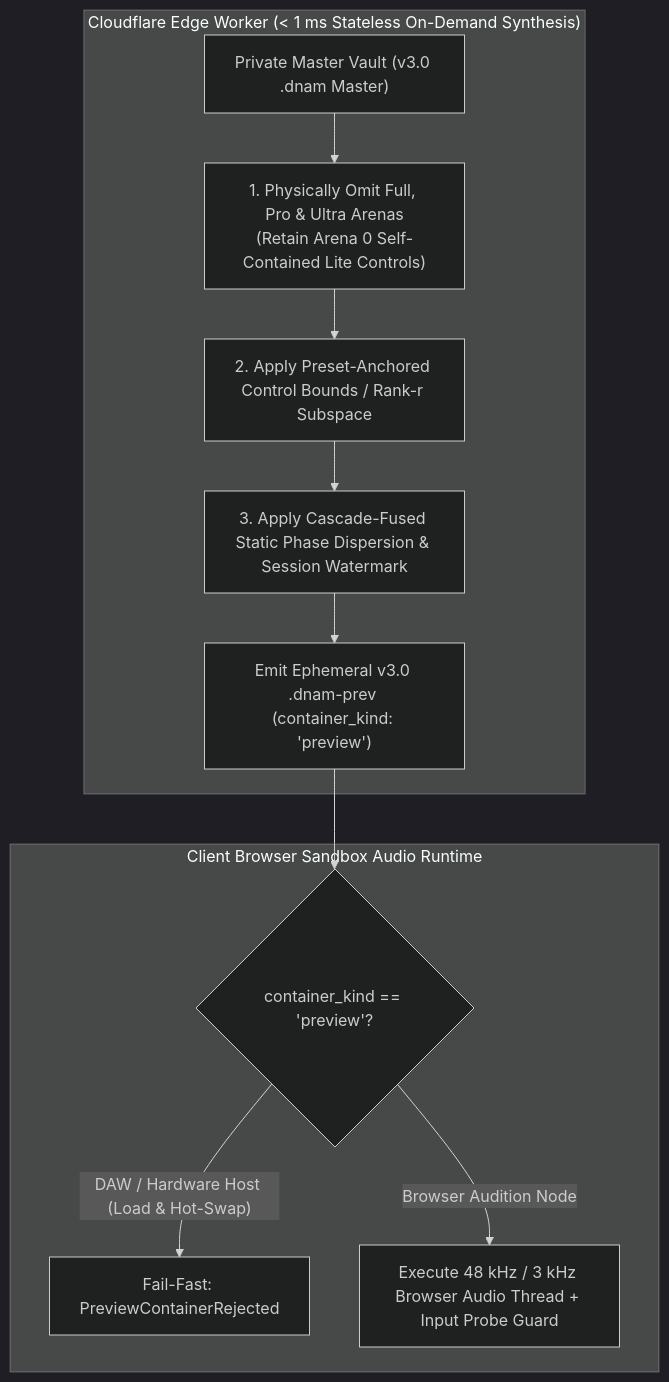
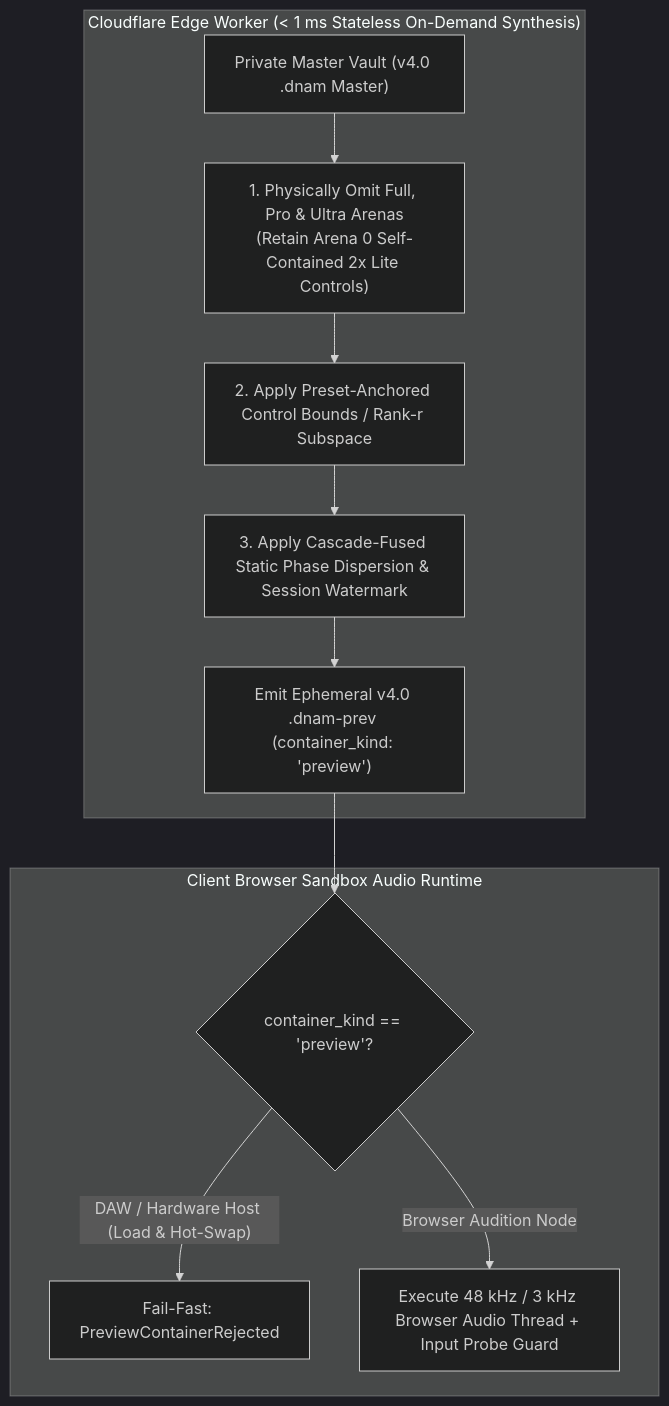
One commit to mokugen/dnam changed the second of 3 diagrams in docs/specs/security/watermarking_and_marketplace.md. Above: the diagram before and after it, drawn with Mermaid (dark theme). The commit also changed other lines of this file and 16 other files, not shown here.

````diff
--- a/docs/specs/security/watermarking_and_marketplace.md
+++ b/docs/specs/security/watermarking_and_marketplace.md
@@ -272,15 +271,15 @@
 ```mermaid
 flowchart TD
     subgraph EdgeWorker ["Cloudflare Edge Worker (< 1 ms Stateless On-Demand Synthesis)"]
-        Vault["Private Master Vault (v3.0 .dnam Master)"] --> Strip["1. Physically Omit Full, Pro & Ultra Arenas<br/>(Retain Arena 0 Self-Contained Lite Controls)"]
+        Vault["Private Master Vault (v4.0 .dnam Master)"] --> Strip["1. Physically Omit Full, Pro & Ultra Arenas<br/>(Retain Arena 0 Self-Contained 2x Lite Controls)"]
         Strip --> Bound["2. Apply Preset-Anchored Control Bounds / Rank-r Subspace"]
         Bound --> Disp["3. Apply Cascade-Fused Static Phase Dispersion & Session Watermark"]
-        Disp --> Emit["Emit Ephemeral v3.0 .dnam-prev (container_kind: 'preview')"]
+        Disp --> Emit["Emit Ephemeral v4.0 .dnam-prev (container_kind: 'preview')"]
     end
 
     subgraph Browser ["Client Browser Sandbox Audio Runtime"]
         Emit --> Check{"container_kind == 'preview'?"}
         Check -- "DAW / Hardware Host (Load & Hot-Swap)" --> Reject["Fail-Fast: PreviewContainerRejected"]
         Check -- "Browser Audition Node" --> Play["Execute 48 kHz / 3 kHz Browser Audio Thread + Input Probe Guard"]
     end
 ```
````
